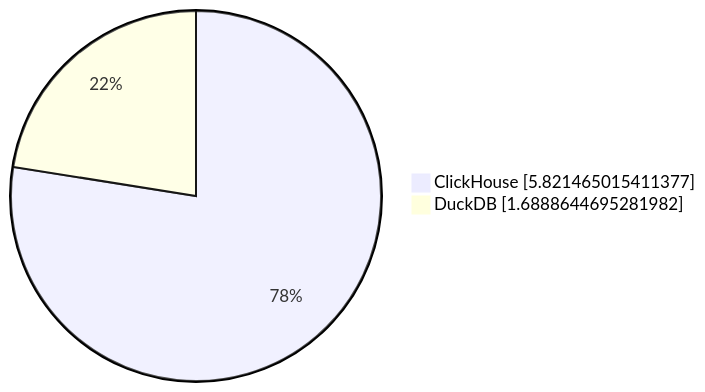
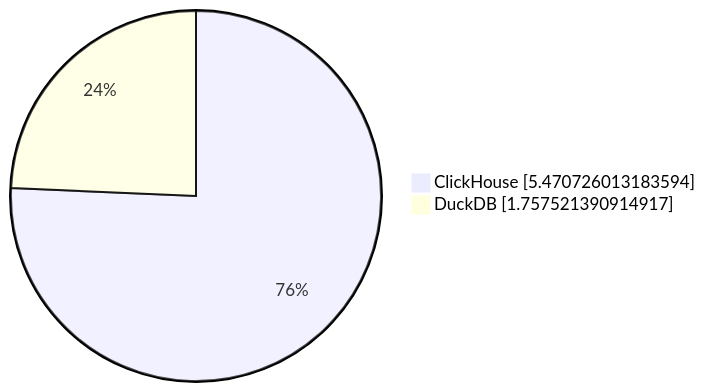
The third of 7 diagrams in parquet/performance/results/nyc_taxi/23.11.1.2711-alpine/README.md (Altinity/clickhouse-regression), drawn with Mermaid before and after one commit. The commit also changed other lines of this file and 8 other files, not shown here.

````diff
--- a/parquet/performance/results/nyc_taxi/23.11.1.2711-alpine/README.md
+++ b/parquet/performance/results/nyc_taxi/23.11.1.2711-alpine/README.md
@@ -30,5 +30,5 @@
 ```mermaid
      pie showData
-         "ClickHouse" : 5.821465015411377
-         "DuckDB" : 1.6888644695281982
+         "ClickHouse" : 5.470726013183594
+         "DuckDB" : 1.757521390914917
 ```
````
